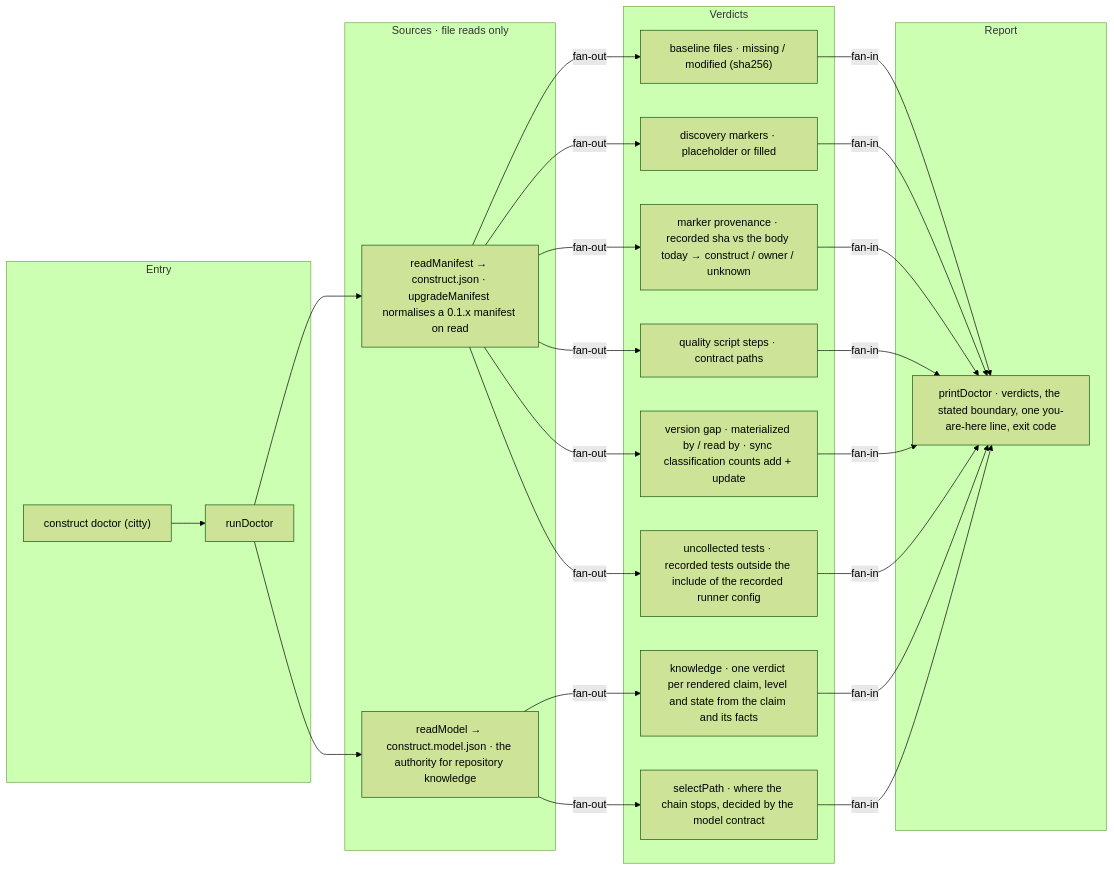
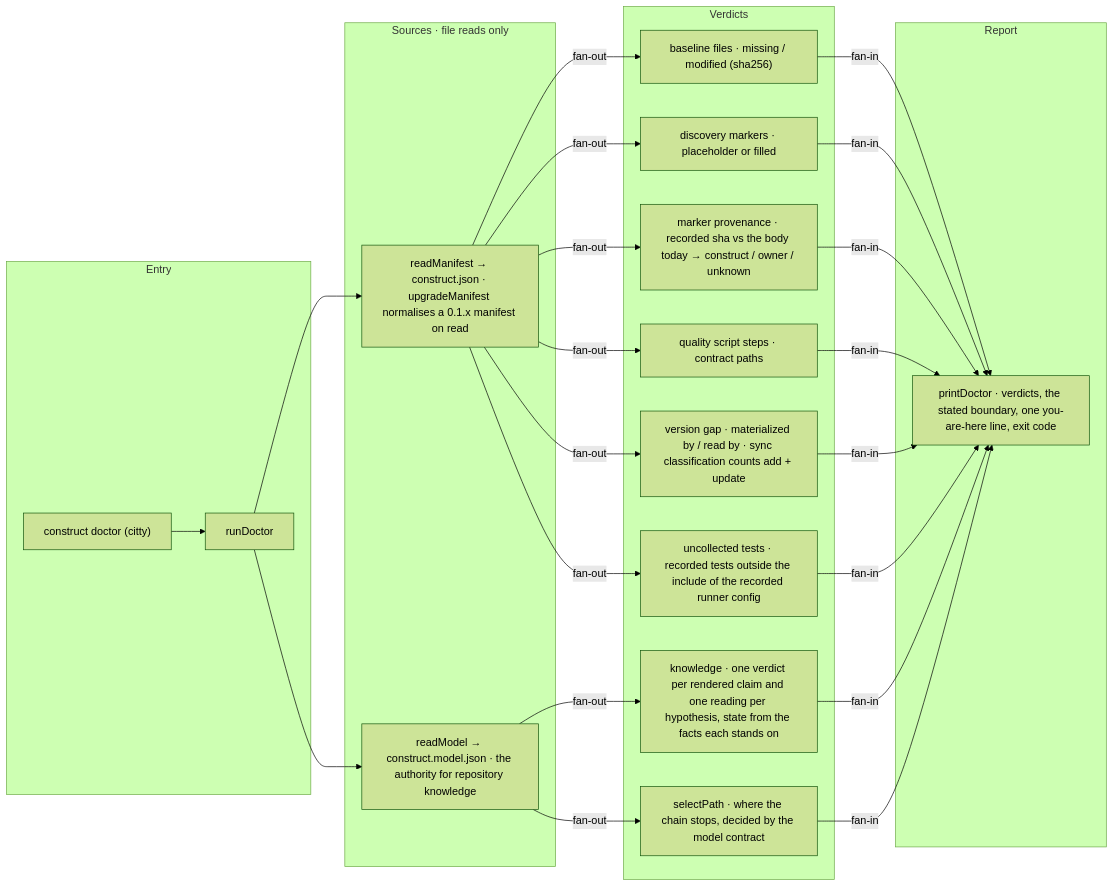
The diagram in architecture/doctor.md (E1i/mikoshi-construct), drawn with Mermaid (forest theme) before and after one commit. The commit also changed other lines of this file and 17 other files, not shown here.

````diff
--- a/architecture/doctor.md
+++ b/architecture/doctor.md
@@ -10,43 +10,43 @@
 ```mermaid
 flowchart LR
   subgraph b_entry["Entry"]
     cli["construct doctor (citty)"]
     run["runDoctor"]
   end
   subgraph b_evidence["Sources · file reads only"]
     manifest["readManifest → construct.json · upgradeManifest normalises a 0.1.x manifest on read"]
     model["readModel → construct.model.json · the authority for repository knowledge"]
   end
   subgraph b_checks["Verdicts"]
     files["baseline files · missing / modified (sha256)"]
     markers["discovery markers · placeholder or filled"]
     provenance["marker provenance · recorded sha vs the body today → construct / owner / unknown"]
     harness["quality script steps · contract paths"]
     versionGap["version gap · materialized by / read by · sync classification counts add + update"]
     uncollected["uncollected tests · recorded tests outside the include of the recorded runner config"]
-    projection["knowledge · one verdict per rendered claim, level and state from the claim and its facts"]
+    projection["knowledge · one verdict per rendered claim and one reading per hypothesis, state from the facts each stands on"]
     youAreHere["selectPath · where the chain stops, decided by the model contract"]
   end
   subgraph b_report["Report"]
     print["printDoctor · verdicts, the stated boundary, one you-are-here line, exit code"]
   end
   cli --> run
   run --> manifest
   run --> model
   manifest -->|"fan-out"| files
   manifest -->|"fan-out"| markers
   manifest -->|"fan-out"| provenance
   manifest -->|"fan-out"| harness
   manifest -->|"fan-out"| versionGap
   manifest -->|"fan-out"| uncollected
   model -->|"fan-out"| projection
   model -->|"fan-out"| youAreHere
   files -->|"fan-in"| print
   markers -->|"fan-in"| print
   provenance -->|"fan-in"| print
   harness -->|"fan-in"| print
   versionGap -->|"fan-in"| print
   uncollected -->|"fan-in"| print
   projection -->|"fan-in"| print
   youAreHere -->|"fan-in"| print
 ```
````
